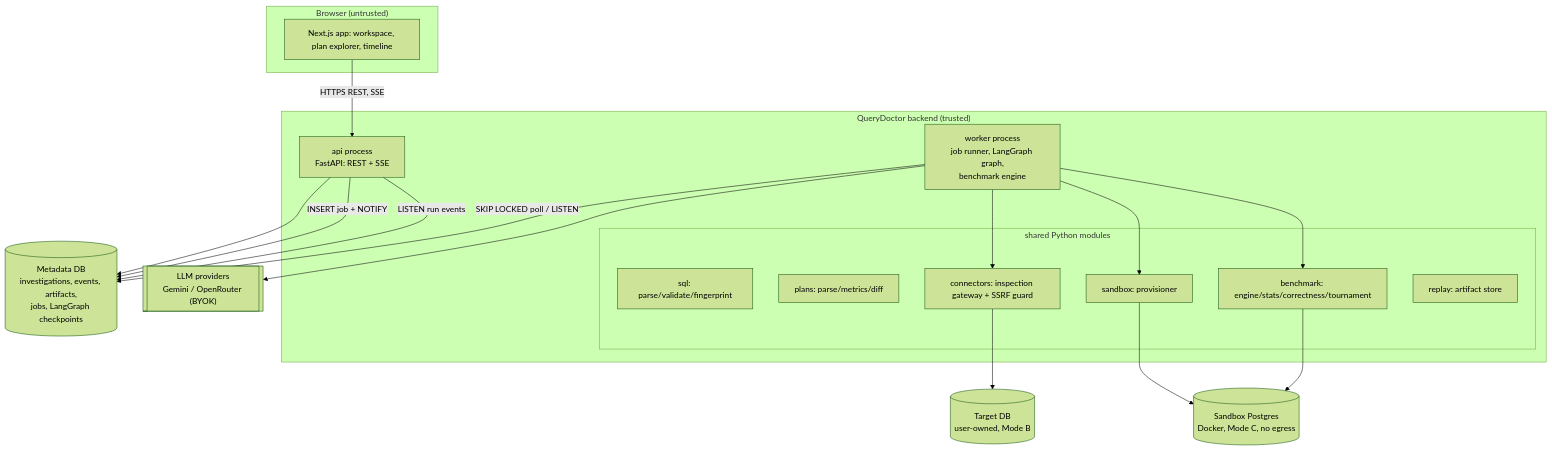
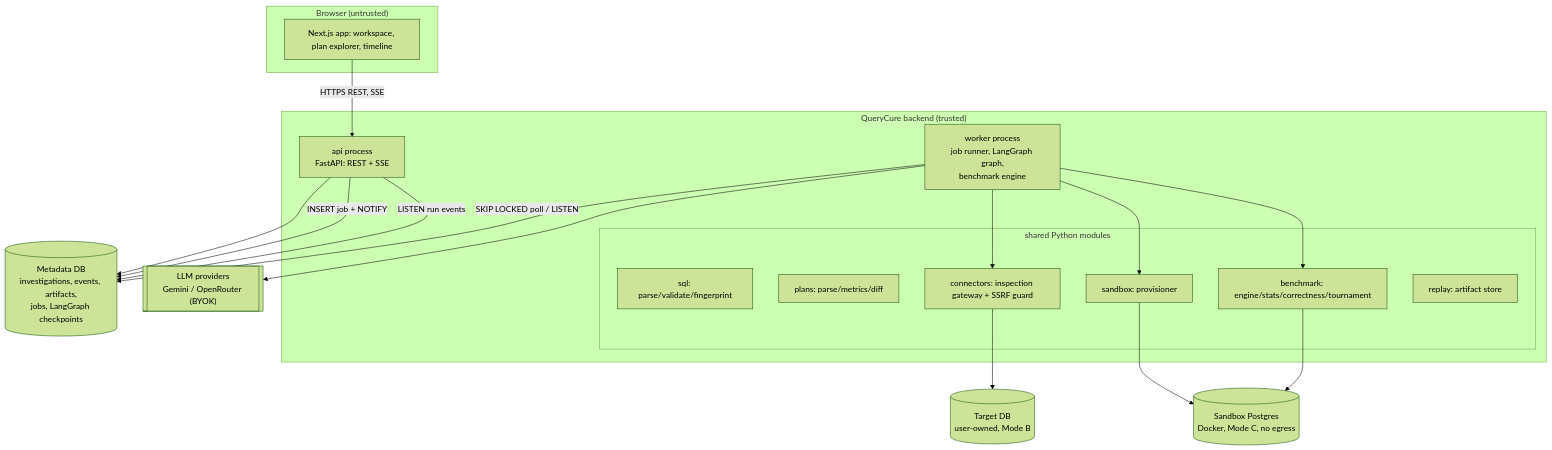
The diagram in docs/architecture/ARCHITECTURE.md (yuvrajsatyapal/QueryCure), drawn with Mermaid (forest theme) before and after one commit. The commit also changed other lines of this file and 189 other files, not shown here.

First line of the commit message:
refactor: rename project QueryDoctor AI -> QueryCure everywhere

````diff
--- a/docs/architecture/ARCHITECTURE.md
+++ b/docs/architecture/ARCHITECTURE.md
@@ -11,34 +11,34 @@
 ```mermaid
 flowchart TB
   subgraph Client["Browser (untrusted)"]
     UI[Next.js app: workspace, plan explorer, timeline]
   end
 
-  subgraph App["QueryDoctor backend (trusted)"]
+  subgraph App["QueryCure backend (trusted)"]
     API["api process<br/>FastAPI: REST + SSE"]
     WK["worker process<br/>job runner, LangGraph graph,<br/>benchmark engine"]
     subgraph Core["shared Python modules"]
       SQLV[sql: parse/validate/fingerprint]
       PLAN[plans: parse/metrics/diff]
       GW[connectors: inspection gateway + SSRF guard]
       SBX[sandbox: provisioner]
       BENCH[benchmark: engine/stats/correctness/tournament]
       ART[replay: artifact store]
     end
   end
 
   MDB[("Metadata DB<br/>investigations, events, artifacts,<br/>jobs, LangGraph checkpoints")]
   LLM[["LLM providers<br/>Gemini / OpenRouter (BYOK)"]]
   TDB[("Target DB<br/>user-owned, Mode B")]
   SDB[("Sandbox Postgres<br/>Docker, Mode C, no egress")]
 
   UI -->|HTTPS REST, SSE| API
   API --> MDB
   API -->|INSERT job + NOTIFY| MDB
   WK -->|SKIP LOCKED poll / LISTEN| MDB
   WK --> LLM
   WK --> GW --> TDB
   WK --> SBX --> SDB
   WK --> BENCH --> SDB
   API -->|LISTEN run events| MDB
 ```
````
